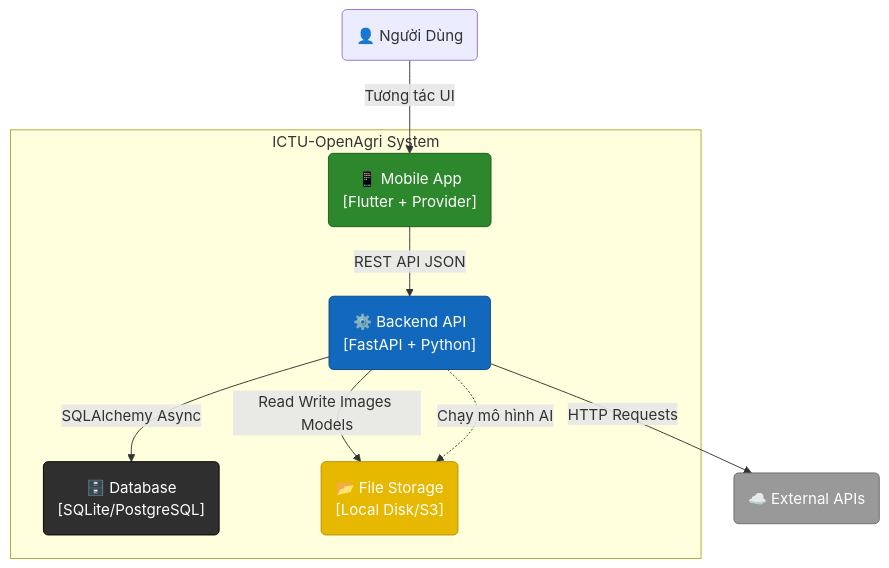
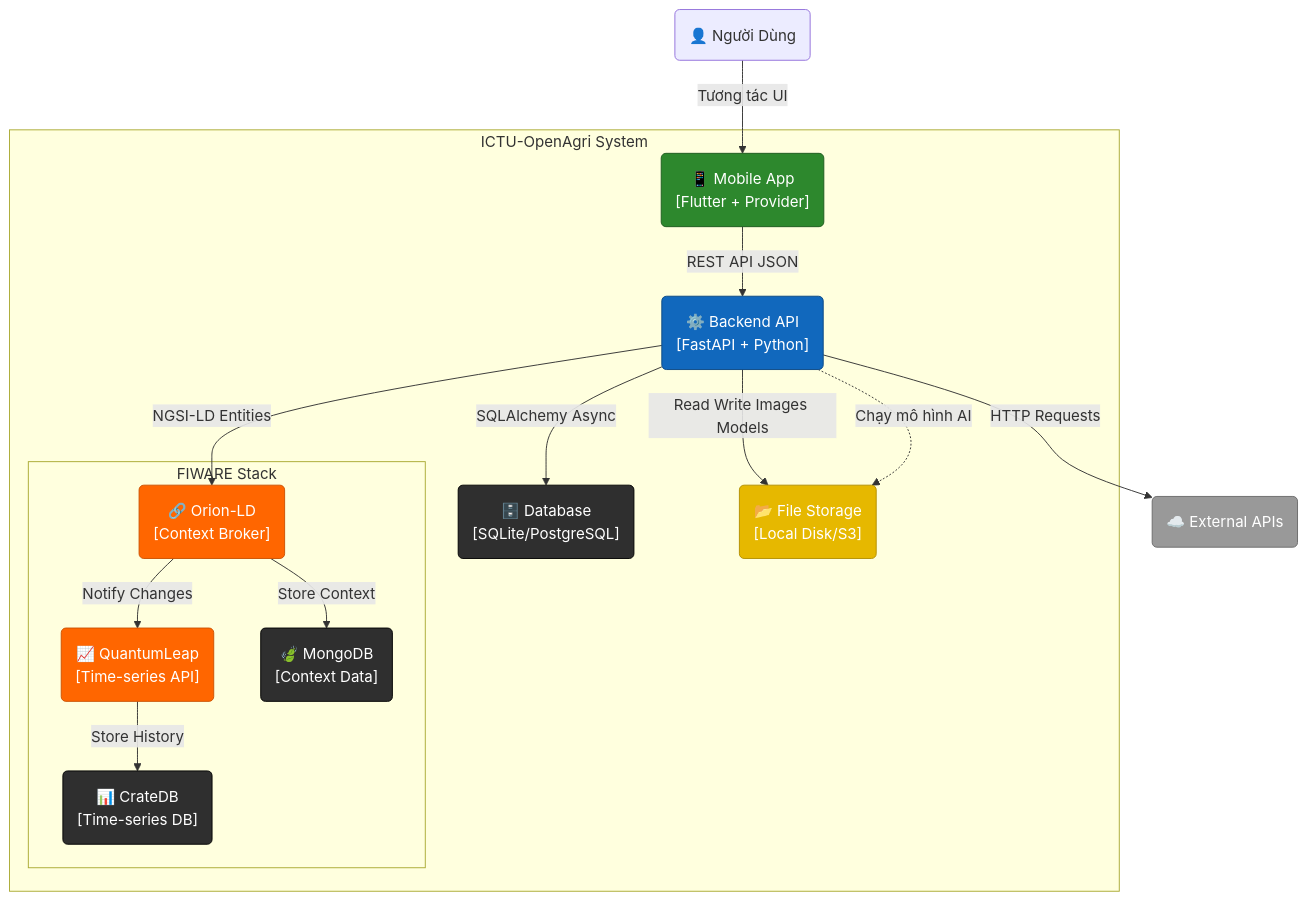
One commit to nguyentrananhhoang13122005/ICTU-OpenAgri-2 changed the second of 4 diagrams in README.md. Above: the diagram before and after it, drawn with Mermaid. The commit also changed other lines of this file, not shown here.

Commit message:
docs: update README with FIWARE integration and NGSI-LD

````diff
--- a/README.md
+++ b/README.md
@@ -311,31 +339,43 @@
 ```mermaid
 graph TD
     %% Styles
     classDef mobile fill:#2d882d,stroke:#1e5b1e,color:white;
     classDef api fill:#1168bd,stroke:#0b4884,color:white;
     classDef db fill:#2f2f2f,stroke:#000000,color:white;
     classDef file fill:#e6b800,stroke:#b38f00,color:white;
     classDef ext fill:#999999,stroke:#6b6b6b,color:white;
+    classDef fiware fill:#ff6600,stroke:#cc5200,color:white;
 
     %% Nodes
     User("👤 Người Dùng")
 
     subgraph "ICTU-OpenAgri System"
         MobileApp("📱 Mobile App<br>[Flutter + Provider]"):::mobile
         Backend("⚙️ Backend API<br>[FastAPI + Python]"):::api
         Database("🗄️ Database<br>[SQLite/PostgreSQL]"):::db
         FileStore("📂 File Storage<br>[Local Disk/S3]"):::file
+
+        subgraph "FIWARE Stack"
+            Orion("🔗 Orion-LD<br>[Context Broker]"):::fiware
+            QuantumLeap("📈 QuantumLeap<br>[Time-series API]"):::fiware
+            MongoDB("🍃 MongoDB<br>[Context Data]"):::db
+            CrateDB("📊 CrateDB<br>[Time-series DB]"):::db
+        end
     end
 
     External("☁️ External APIs"):::ext
 
     %% Relationships
     User -->|Tương tác UI| MobileApp
     MobileApp -->|REST API JSON| Backend
     Backend -->|SQLAlchemy Async| Database
     Backend -->|Read Write Images Models| FileStore
     Backend -->|HTTP Requests| External
+    Backend -->|NGSI-LD Entities| Orion
+    Orion -->|Store Context| MongoDB
+    Orion -->|Notify Changes| QuantumLeap
+    QuantumLeap -->|Store History| CrateDB
 
     %% Internal Logic
     Backend -.->|Chạy mô hình AI| FileStore
 ```
````
